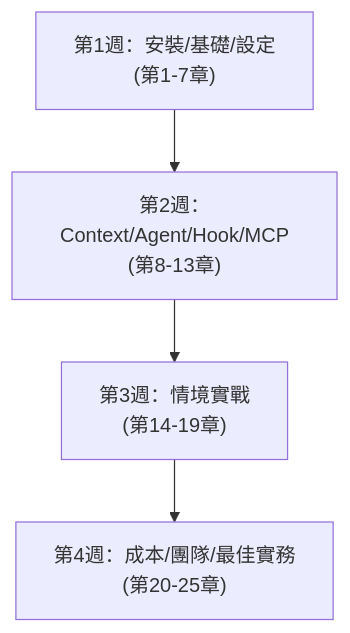
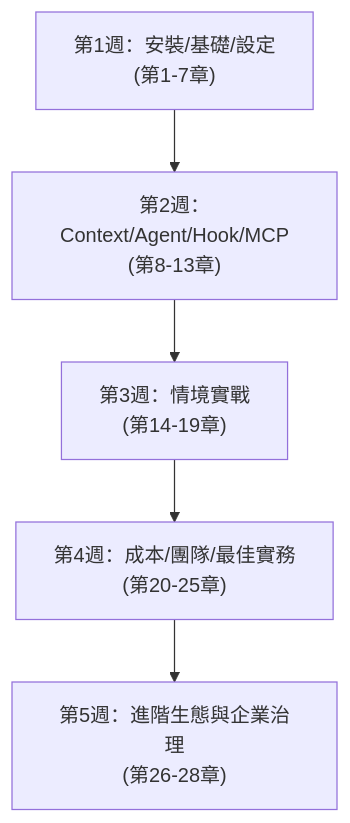
Before and after one commit to chihhung/Blog: diagram 33 of 33 in content/posts/教學/AI開發/claude code cli 教學手冊.md, drawn with Mermaid. The commit also changed other lines of this file, not shown here.

````diff
--- a/content/posts/教學/AI開發/claude code cli 教學手冊.md
+++ b/content/posts/教學/AI開發/claude code cli 教學手冊.md
@@ -1415,6 +2087,7 @@
 ```mermaid
 flowchart TD
     W1["第1週：安裝/基礎/設定<br/>(第1-7章)"] --> W2["第2週：Context/Agent/Hook/MCP<br/>(第8-13章)"]
     W2 --> W3["第3週：情境實戰<br/>(第14-19章)"]
     W3 --> W4["第4週：成本/團隊/最佳實務<br/>(第20-25章)"]
+    W4 --> W5["第5週：進階生態與企業治理<br/>(第26-28章)"]
 ```
````
